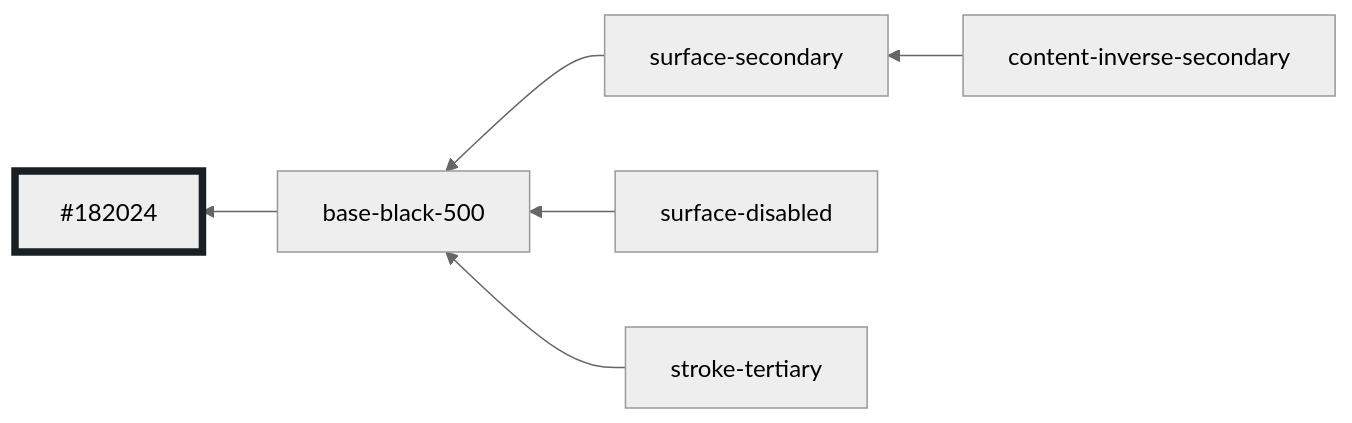
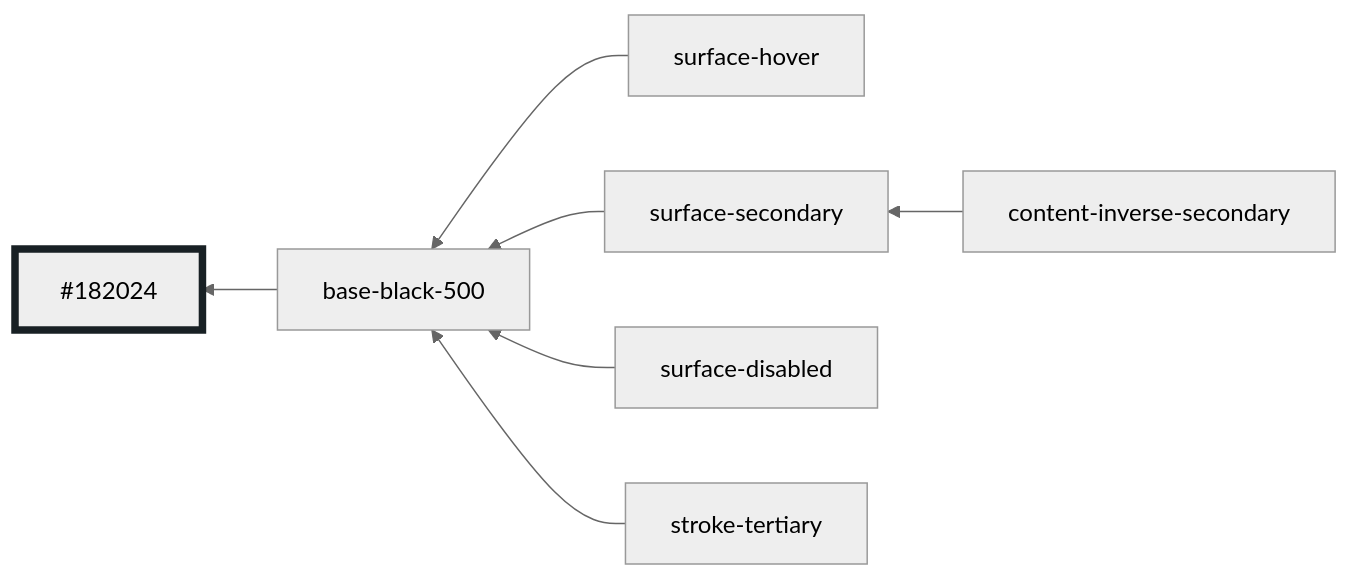
Diagram 27 of 30 in libs/ui/styles/themes/main.md (oxidecomputer/console), drawn with Mermaid (neutral theme) before and after one commit. The commit also changed 4 other files, not shown here.

````diff
--- a/libs/ui/styles/themes/main.md
+++ b/libs/ui/styles/themes/main.md
@@ -340,10 +340,11 @@
 ```mermaid
 graph RL
   base-black-500 --> #182024:::base-black-500
+  surface-hover --> base-black-500
   surface-secondary --> base-black-500
   surface-disabled --> base-black-500
   content-inverse-secondary --> surface-secondary
   stroke-tertiary --> base-black-500
 
   classDef base-black-500 stroke-width:5,stroke:#182024
 ```
````
